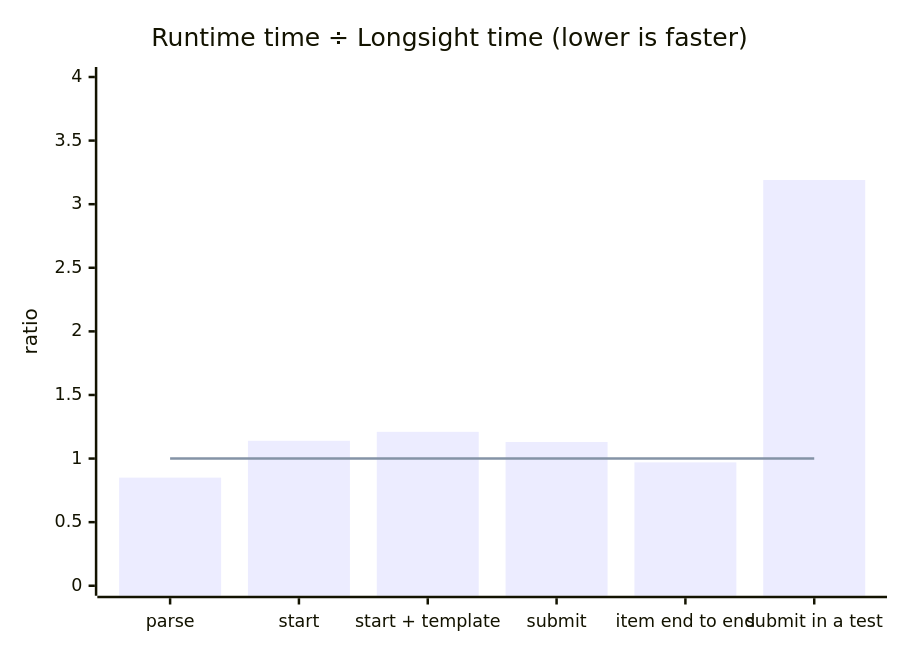
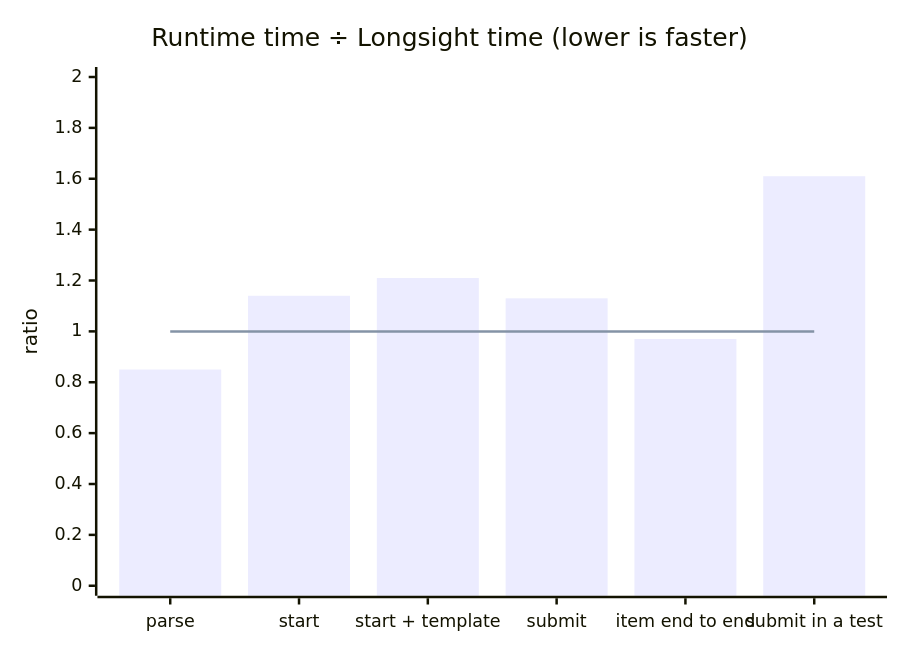
Before and after one commit to assesskit/assesskit: the diagram in docs/runtime/performance.md, drawn with Mermaid. The commit also changed other lines of this file and 8 other files, not shown here.

````diff
--- a/docs/runtime/performance.md
+++ b/docs/runtime/performance.md
@@ -11,8 +11,8 @@
 ```mermaid
 xychart-beta
   title "Runtime time ÷ Longsight time (lower is faster)"
   x-axis ["parse", "start", "start + template", "submit", "item end to end", "submit in a test"]
-  y-axis "ratio" 0 --> 4
-  bar [0.85, 1.14, 1.21, 1.13, 0.97, 3.19]
+  y-axis "ratio" 0 --> 2
+  bar [0.85, 1.14, 1.21, 1.13, 0.97, 1.61]
   line [1, 1, 1, 1, 1, 1]
 ```
````
